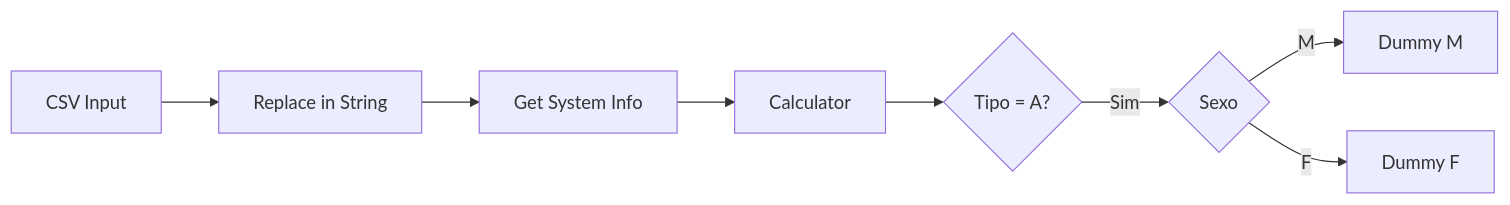
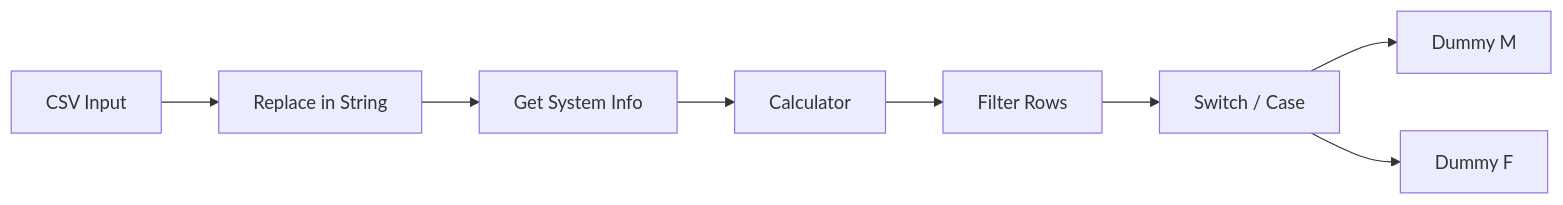
The fifth of 6 diagrams in README.md (danielli-arcari/pentaho-data-preparation-leega), drawn with Mermaid before and after one commit. The commit also changed other lines of this file, not shown here.

````diff
--- a/README.md
+++ b/README.md
@@ -106,10 +158,10 @@
 ```mermaid
 flowchart LR
     A[CSV Input] --> B[Replace in String]
     B --> C[Get System Info]
     C --> D[Calculator]
-    D --> E{Tipo = A?}
-    E -->|Sim| F{Sexo}
-    F -->|M| G[Dummy M]
-    F -->|F| H[Dummy F]
+    D --> E[Filter Rows]
+    E --> F[Switch / Case]
+    F --> G[Dummy M]
+    F --> H[Dummy F]
 ```
````
